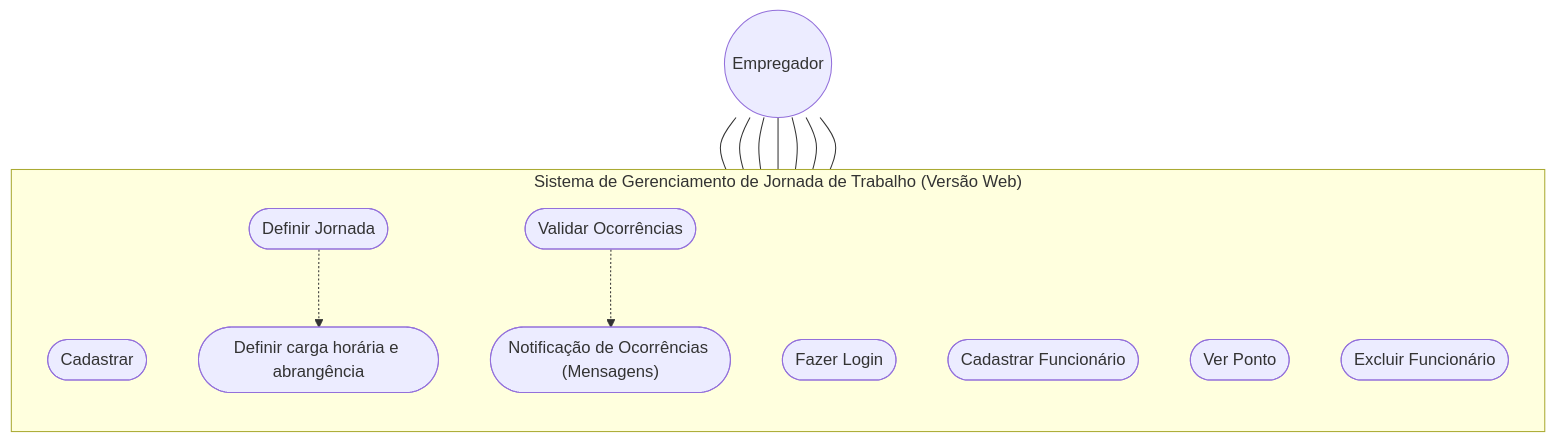
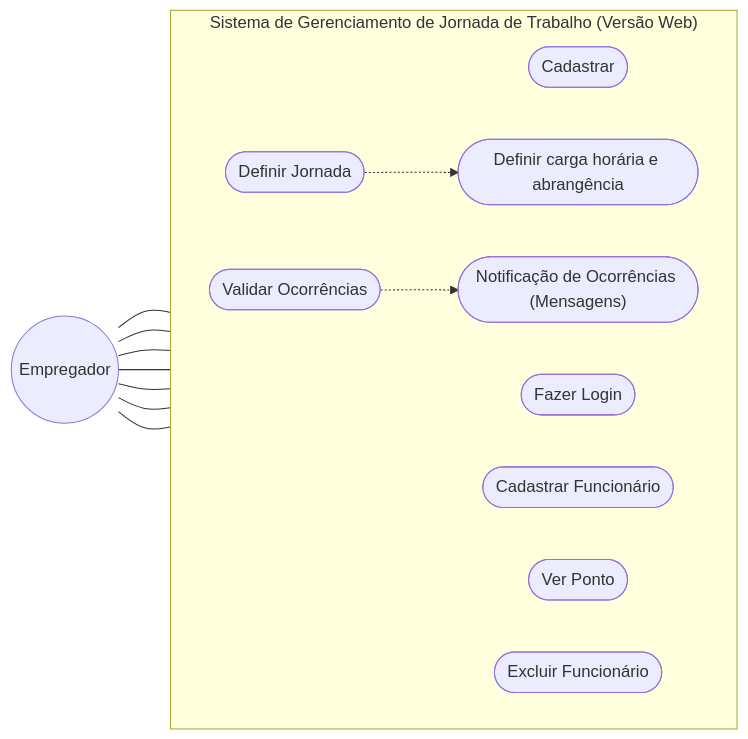
The second of 2 diagrams in README.md (DanBenedetti/GeoPonto), drawn with Mermaid before and after one commit.

Commit message:
Ajuste Diagrama de Caso de Uso

````diff
--- a/README.md
+++ b/README.md
@@ -83,29 +83,29 @@
 ```mermaid
-flowchart TB
+flowchart LR
     actor((Empregador))
 
     subgraph Sistema ["Sistema de Gerenciamento de Jornada de Trabalho (Versão Web)"]
-        direction TB
+        direction LR
         UC1([Cadastrar])
         UC2([Fazer Login])
         UC3([Cadastrar Funcionário])
         UC4([Definir Jornada])
         UC5([Validar Ocorrências])
         UC6([Ver Ponto])
         UC7([Excluir Funcionário])
 
         EXT1([Definir carga horária e abrangência])
         EXT2(["Notificação de Ocorrências (Mensagens)"])
 
         UC4 -.-> EXT1
         UC5 -.-> EXT2
     end
 
     actor --- UC1
     actor --- UC2
     actor --- UC3
     actor --- UC4
     actor --- UC5
     actor --- UC6
     actor --- UC7
 ```
````
